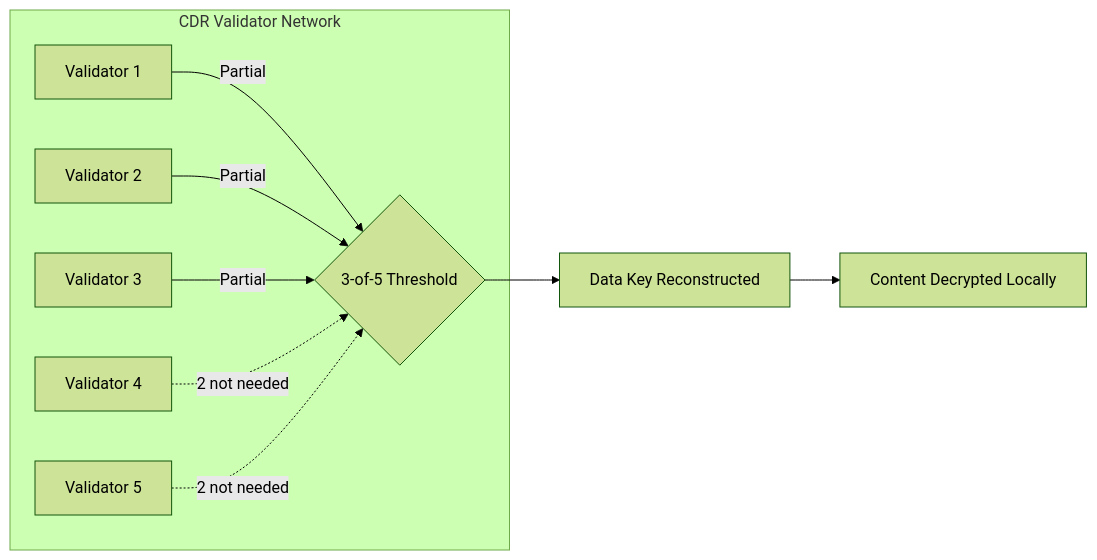
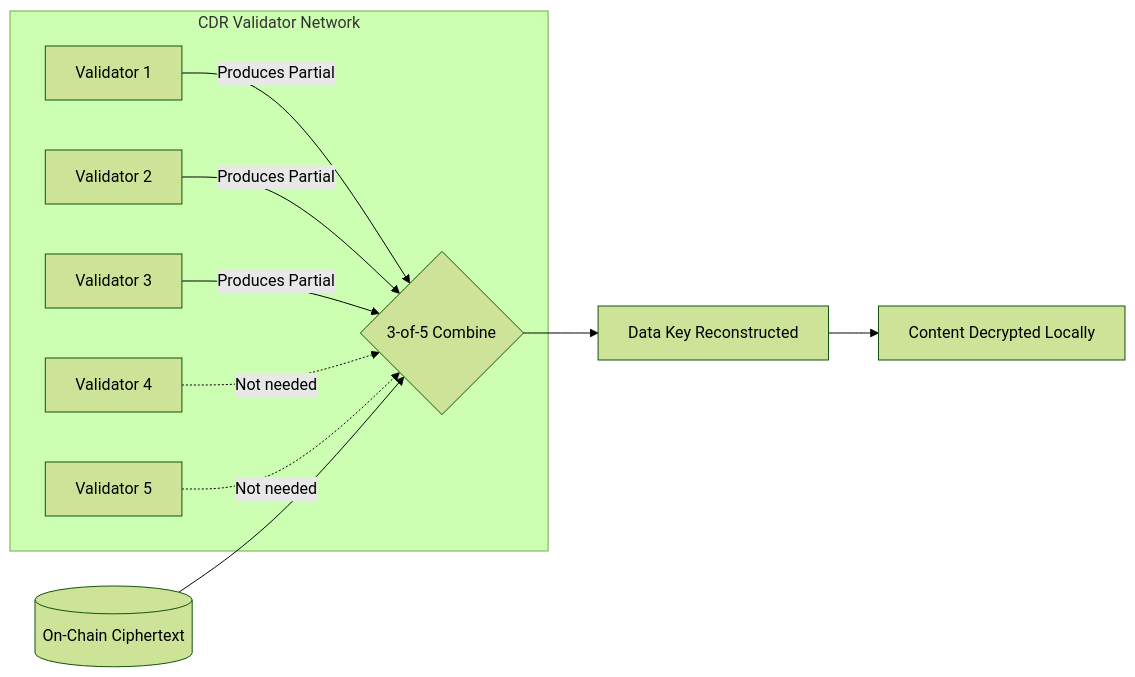
The fifth of 5 diagrams in litepaper.md (Ankhzz/promptvault), drawn with Mermaid (forest theme) before and after one commit. The commit also changed other lines of this file, not shown here.

Commit message:
docs: align litepaper with CDR threshold encryption architecture

````diff
--- a/litepaper.md
+++ b/litepaper.md
@@ -181,12 +183,13 @@
 ```mermaid
 flowchart LR
     subgraph Validator_Network[CDR Validator Network]
-        V1[Validator 1] -->|Partial| R
-        V2[Validator 2] -->|Partial| R
-        V3[Validator 3] -->|Partial| R
-        V4[Validator 4] -.->|2 not needed| R
-        V5[Validator 5] -.->|2 not needed| R
+        V1[Validator 1] -->|Produces Partial| R
+        V2[Validator 2] -->|Produces Partial| R
+        V3[Validator 3] -->|Produces Partial| R
+        V4[Validator 4] -.->|Not needed| R
+        V5[Validator 5] -.->|Not needed| R
     end
-    R{3-of-5 Threshold} --> K[Data Key Reconstructed]
+    CT[(On-Chain Ciphertext)] --> R
+    R{3-of-5 Combine} --> K[Data Key Reconstructed]
     K --> D[Content Decrypted Locally]
 ```
````
